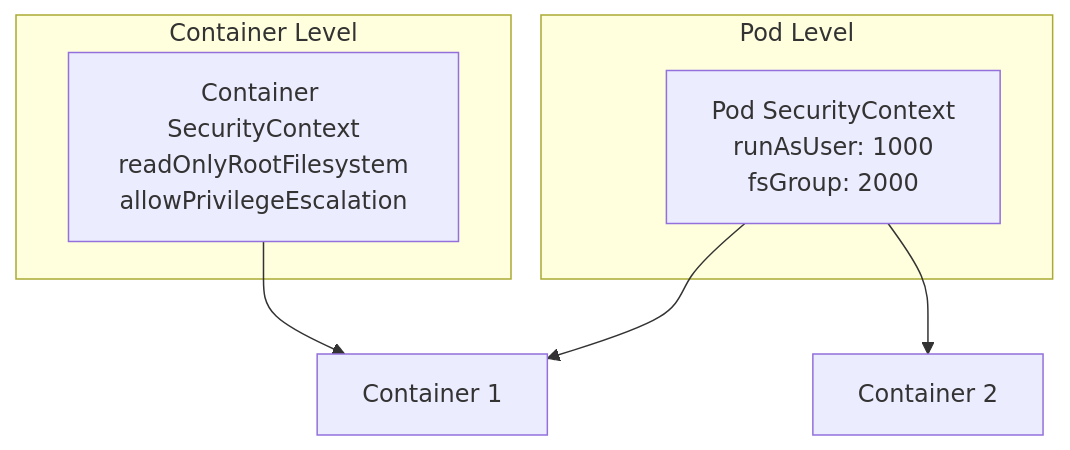
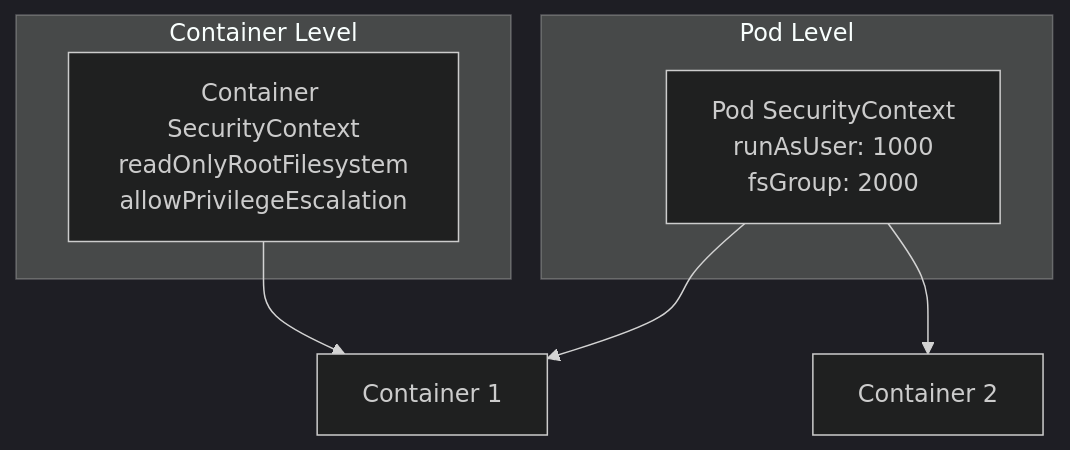
One commit to uzunenes/CKAD changed the diagram in labs/lab-11-security.md. Above: the diagram before and after it, drawn with Mermaid. The commit also changed other lines of this file and 15 other files, not shown here.

Commit message:
🌍 Complete English translation - All 17 labs translated with dark mermaid themes

````diff
--- a/labs/lab-11-security.md
+++ b/labs/lab-11-security.md
@@ -12,14 +12,15 @@
 ```mermaid
+%%{init: {'theme': 'dark'}}%%
 graph TB
     subgraph "Pod Level"
         PSC[Pod SecurityContext<br/>runAsUser: 1000<br/>fsGroup: 2000]
     end
     
     subgraph "Container Level"
         CSC[Container SecurityContext<br/>readOnlyRootFilesystem<br/>allowPrivilegeEscalation]
     end
     
     PSC --> C1[Container 1]
     PSC --> C2[Container 2]
     CSC --> C1
 ```
````
